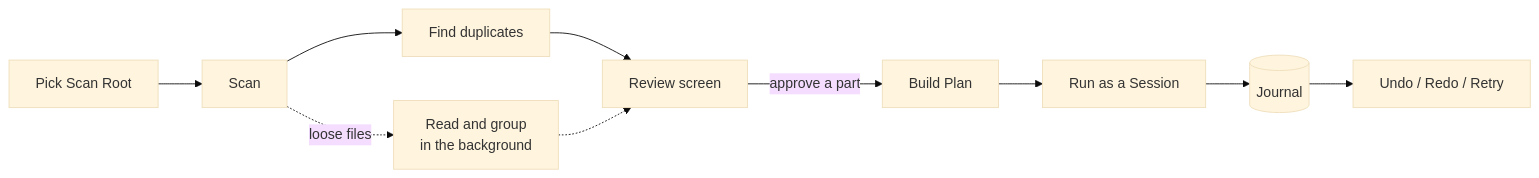
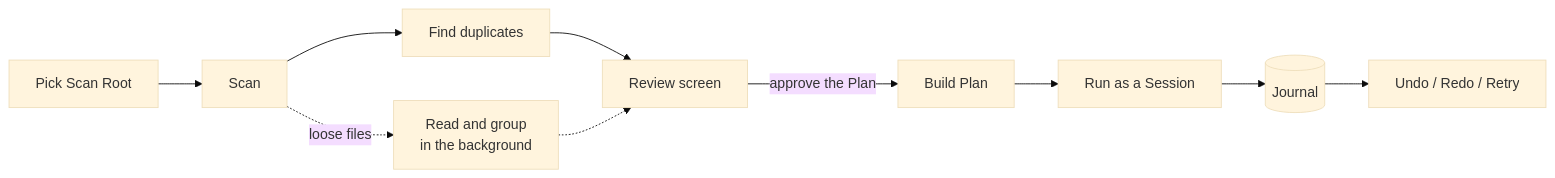
One commit to RichardHoa/files-cleaner changed the first of 3 diagrams in ARCHITECTURE.md. Above: the diagram before and after it, drawn with Mermaid (base theme). The commit also changed other lines of this file and 5 other files, not shown here.

````diff
--- a/ARCHITECTURE.md
+++ b/ARCHITECTURE.md
@@ -9,8 +9,8 @@
 ```mermaid
 flowchart LR
     pick[Pick Scan Root] --> scan[Scan] --> dups[Find duplicates] --> review[Review screen]
     scan -. loose files .-> group[Read and group<br/>in the background] -.-> review
-    review -- approve a part --> plan[Build Plan] --> run[Run as a Session]
+    review -- approve the Plan --> plan[Build Plan] --> run[Run as a Session]
     run --> journal[(Journal)]
     journal --> undo[Undo / Redo / Retry]
 ```
````
